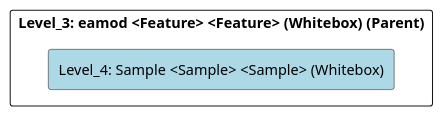
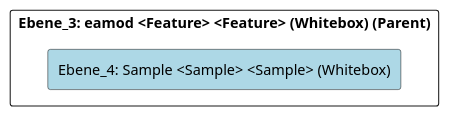
The diagram in doc/cleonproject_deliverables_architecture_model_architecture/adoc/de/05_bausteinsicht/cleon/architecture_methods/eamod/sample/ebene_4_sample.adoc (marcozwyssig/cleon), drawn with PlantUML before and after one commit. The commit also changed other lines of this file and 214 other files, not shown here.

```diff
--- a/doc/cleonproject_deliverables_architecture_model_architecture/adoc/de/05_bausteinsicht/cleon/architecture_methods/eamod/sample/ebene_4_sample.adoc
+++ b/doc/cleonproject_deliverables_architecture_model_architecture/adoc/de/05_bausteinsicht/cleon/architecture_methods/eamod/sample/ebene_4_sample.adoc
@@ -20,24 +20,24 @@
-[plantuml, Level_4: Sample <Sample> <Sample> (Whitebox)BlockOverview, format="svg"]
+[plantuml, Ebene_4: Sample <Sample> <Sample> (Whitebox)BlockOverview, format="svg"]
 ----
-@startuml Level_4: Sample <Sample> <Sample> (Whitebox)BuildingBlockOverview
+@startuml Ebene_4: Sample <Sample> <Sample> (Whitebox)BuildingBlockOverview
 
 skinparam ranksep 10
 skinparam componentStyle rectangle
 skinparam shadowing false
 skinparam arrowColor lightblue
 skinparam arrowThickness 1.2
 skinparam rectangle {
   BackgroundColor White
   BorderColor #333
   RoundCorner 10
 }
 top to bottom direction
 
-component "Level_3: eamod <Feature> <Feature> (Whitebox) (Parent)" {
-    component "Level_4: Sample <Sample> <Sample> (Whitebox)" #lightblue {
+component "Ebene_3: eamod <Feature> <Feature> (Whitebox) (Parent)" {
+    component "Ebene_4: Sample <Sample> <Sample> (Whitebox)" #lightblue {
     }
 
 }
 
 @enduml
 ----
```
